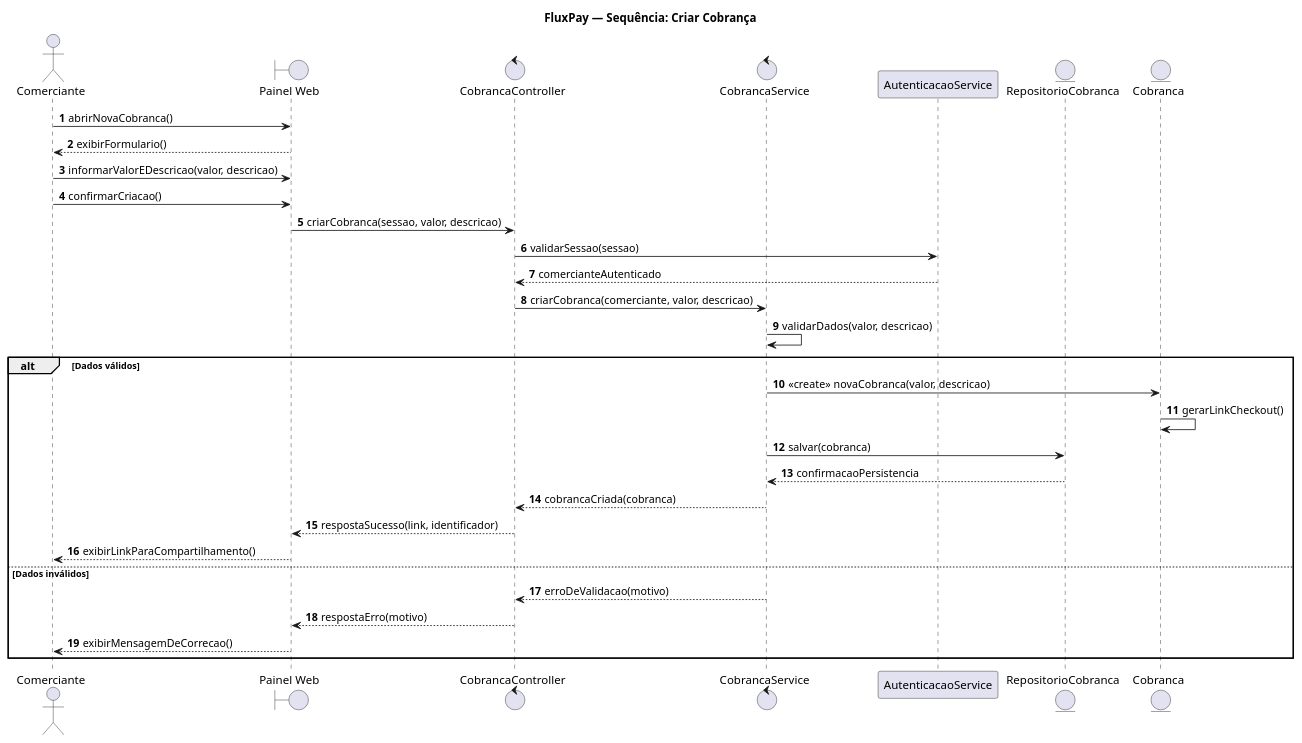
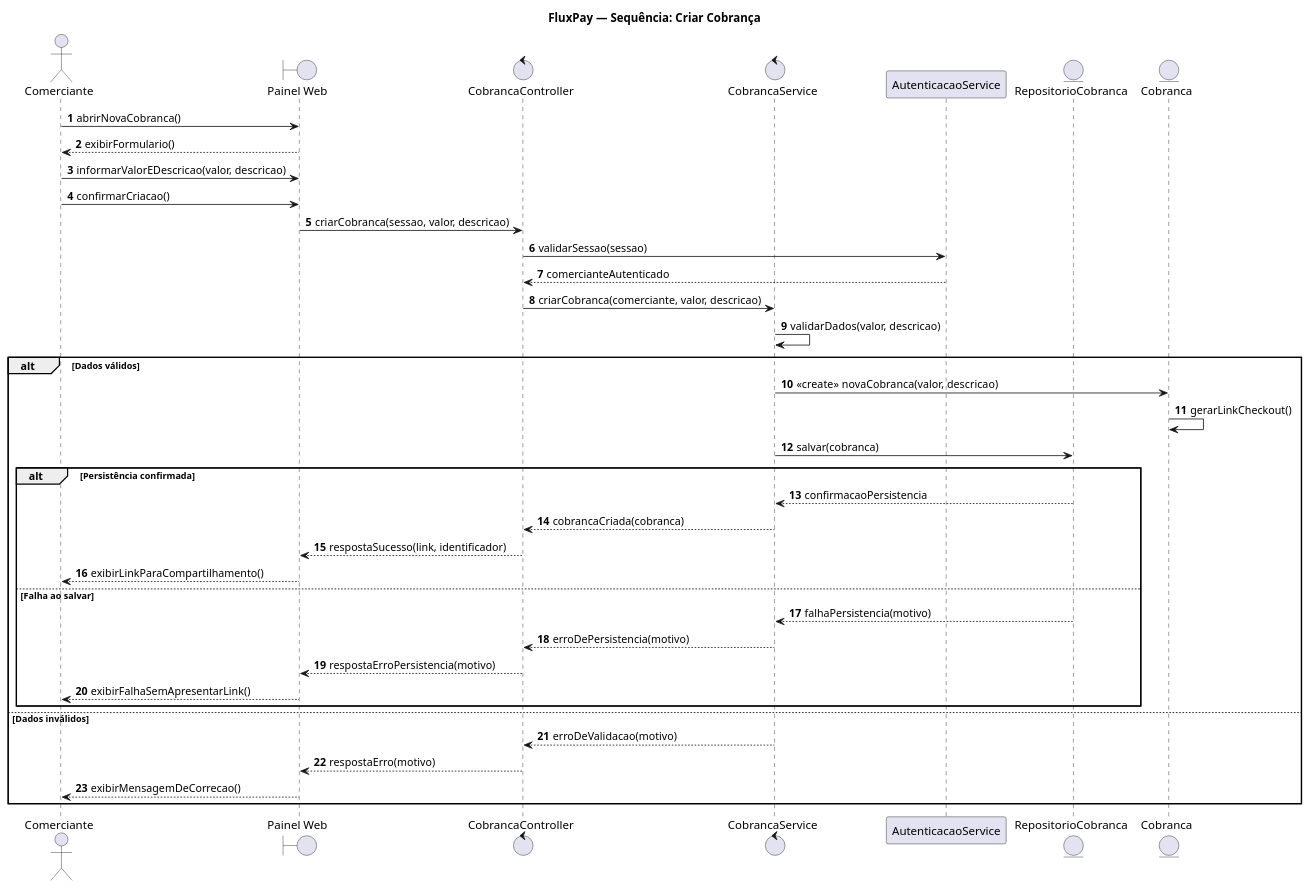
The diagram in Projeto PDS/Semana 04 - Comportamento e Estados/Diagrama_Sequencia_Criar_Cobranca.puml (PedroSSantana/PDS-TSI-2026), drawn with PlantUML before and after one commit. The commit also changed 7 other files, not shown here.

```diff
--- a/Projeto PDS/Semana 04 - Comportamento e Estados/Diagrama_Sequencia_Criar_Cobranca.puml
+++ b/Projeto PDS/Semana 04 - Comportamento e Estados/Diagrama_Sequencia_Criar_Cobranca.puml
@@ -1,36 +1,43 @@
 @startuml
 title FluxPay — Sequência: Criar Cobrança
 autonumber
 actor Comerciante
 boundary "Painel Web" as Painel
 control "CobrancaController" as Controller
 control "CobrancaService" as Service
 participant "AutenticacaoService" as Auth
 entity "RepositorioCobranca" as Repo
 entity "Cobranca" as Cobranca
 
 Comerciante -> Painel: abrirNovaCobranca()
 Painel --> Comerciante: exibirFormulario()
 Comerciante -> Painel: informarValorEDescricao(valor, descricao)
 Comerciante -> Painel: confirmarCriacao()
 Painel -> Controller: criarCobranca(sessao, valor, descricao)
 Controller -> Auth: validarSessao(sessao)
 Auth --> Controller: comercianteAutenticado
 Controller -> Service: criarCobranca(comerciante, valor, descricao)
 
 Service -> Service: validarDados(valor, descricao)
 
 alt Dados válidos
   Service -> Cobranca: <<create>> novaCobranca(valor, descricao)
   Cobranca -> Cobranca: gerarLinkCheckout()
   Service -> Repo: salvar(cobranca)
-  Repo --> Service: confirmacaoPersistencia
-  Service --> Controller: cobrancaCriada(cobranca)
-  Controller --> Painel: respostaSucesso(link, identificador)
-  Painel --> Comerciante: exibirLinkParaCompartilhamento()
+  alt Persistência confirmada
+    Repo --> Service: confirmacaoPersistencia
+    Service --> Controller: cobrancaCriada(cobranca)
+    Controller --> Painel: respostaSucesso(link, identificador)
+    Painel --> Comerciante: exibirLinkParaCompartilhamento()
+  else Falha ao salvar
+    Repo --> Service: falhaPersistencia(motivo)
+    Service --> Controller: erroDePersistencia(motivo)
+    Controller --> Painel: respostaErroPersistencia(motivo)
+    Painel --> Comerciante: exibirFalhaSemApresentarLink()
+  end
 else Dados inválidos
   Service --> Controller: erroDeValidacao(motivo)
   Controller --> Painel: respostaErro(motivo)
   Painel --> Comerciante: exibirMensagemDeCorrecao()
 end
 @enduml
```
